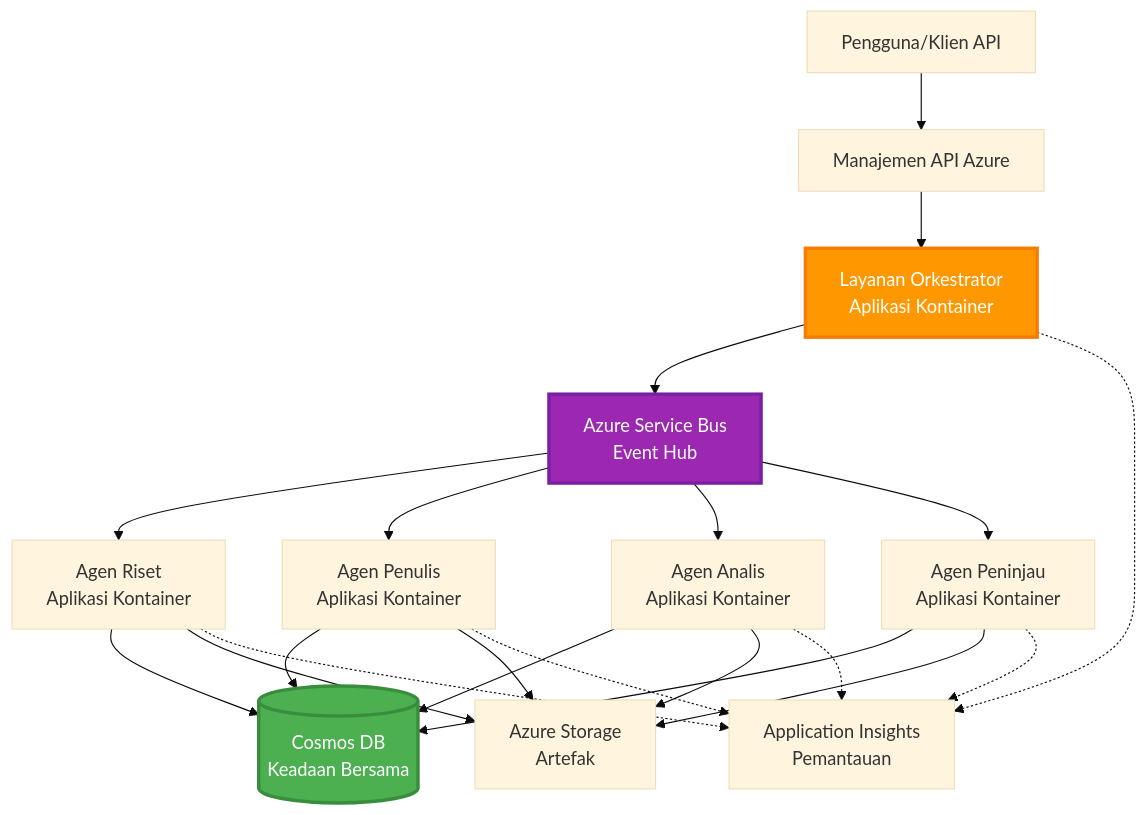
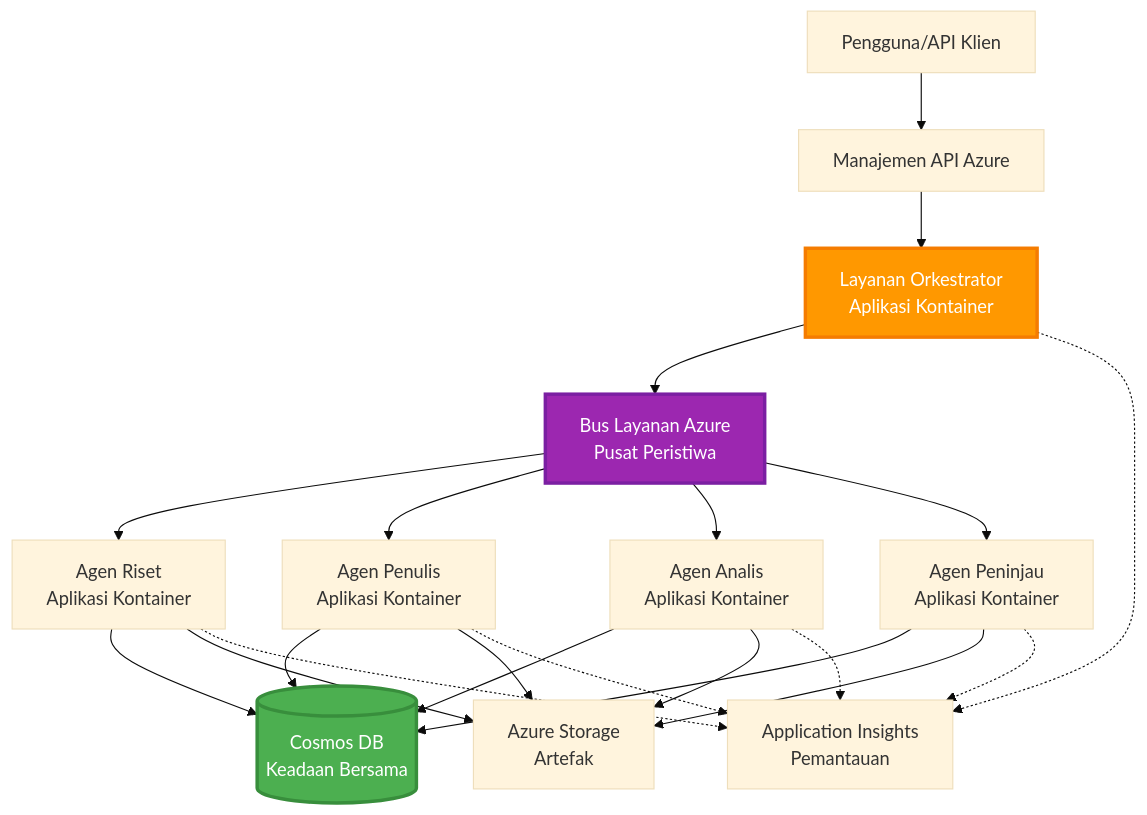
Before and after one commit to microsoft/AZD-for-beginners: the sixth of 6 diagrams in translations/id/docs/chapter-06-pre-deployment/coordination-patterns.md, drawn with Mermaid (base theme). The commit also changed other lines of this file and 101 other files, not shown here.

````diff
--- a/translations/id/docs/chapter-06-pre-deployment/coordination-patterns.md
+++ b/translations/id/docs/chapter-06-pre-deployment/coordination-patterns.md
@@ -271,45 +265,45 @@
 ```mermaid
 graph TB
-    User[Pengguna/Klien API]
+    User[Pengguna/API Klien]
     APIM[Manajemen API Azure]
     Orchestrator[Layanan Orkestrator<br/>Aplikasi Kontainer]
-    ServiceBus[Azure Service Bus<br/>Event Hub]
+    ServiceBus[Bus Layanan Azure<br/>Pusat Peristiwa]
     
     Agent1[Agen Riset<br/>Aplikasi Kontainer]
     Agent2[Agen Penulis<br/>Aplikasi Kontainer]
     Agent3[Agen Analis<br/>Aplikasi Kontainer]
     Agent4[Agen Peninjau<br/>Aplikasi Kontainer]
     
     CosmosDB[(Cosmos DB<br/>Keadaan Bersama)]
     Storage[Azure Storage<br/>Artefak]
     AppInsights[Application Insights<br/>Pemantauan]
     
     User --> APIM
     APIM --> Orchestrator
     
     Orchestrator --> ServiceBus
     ServiceBus --> Agent1
     ServiceBus --> Agent2
     ServiceBus --> Agent3
     ServiceBus --> Agent4
     
     Agent1 --> CosmosDB
     Agent2 --> CosmosDB
     Agent3 --> CosmosDB
     Agent4 --> CosmosDB
     
     Agent1 --> Storage
     Agent2 --> Storage
     Agent3 --> Storage
     Agent4 --> Storage
     
     Orchestrator -.-> AppInsights
     Agent1 -.-> AppInsights
     Agent2 -.-> AppInsights
     Agent3 -.-> AppInsights
     Agent4 -.-> AppInsights
     
     style Orchestrator fill:#FF9800,stroke:#F57C00,stroke-width:3px,color:#fff
     style ServiceBus fill:#9C27B0,stroke:#7B1FA2,stroke-width:3px,color:#fff
     style CosmosDB fill:#4CAF50,stroke:#388E3C,stroke-width:3px,color:#fff
 ```
````
